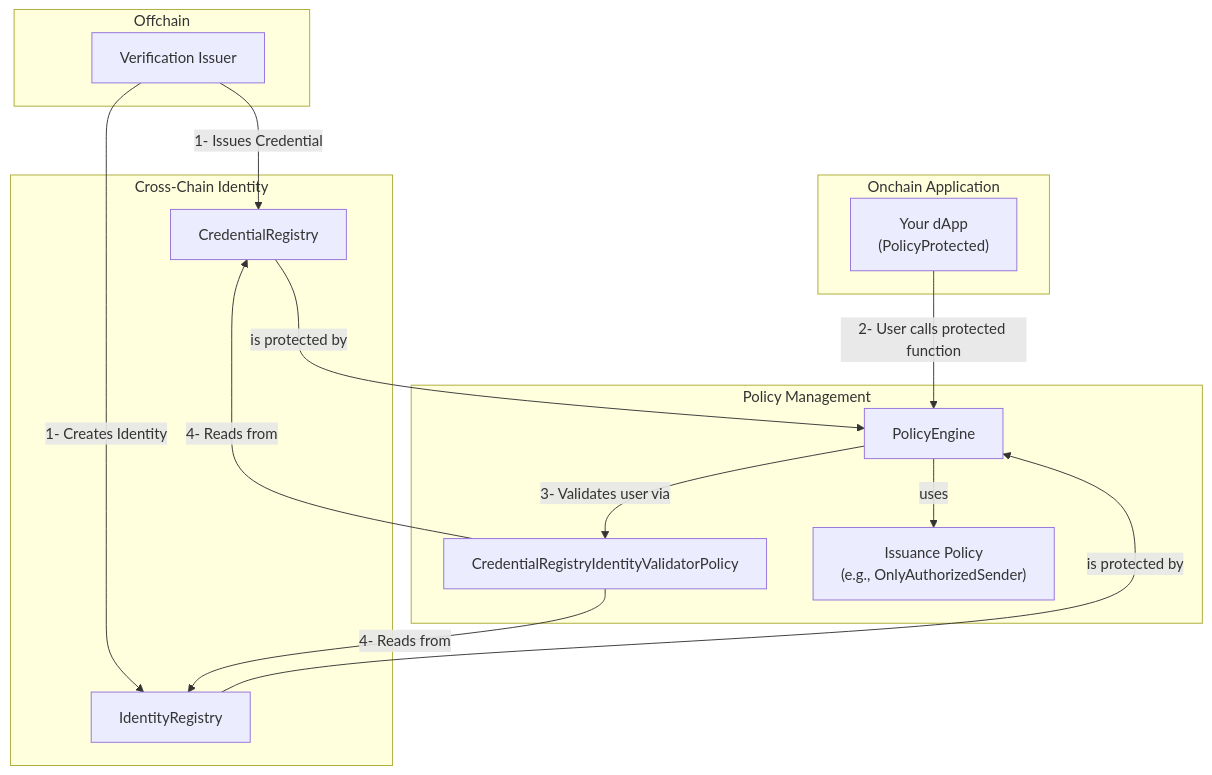
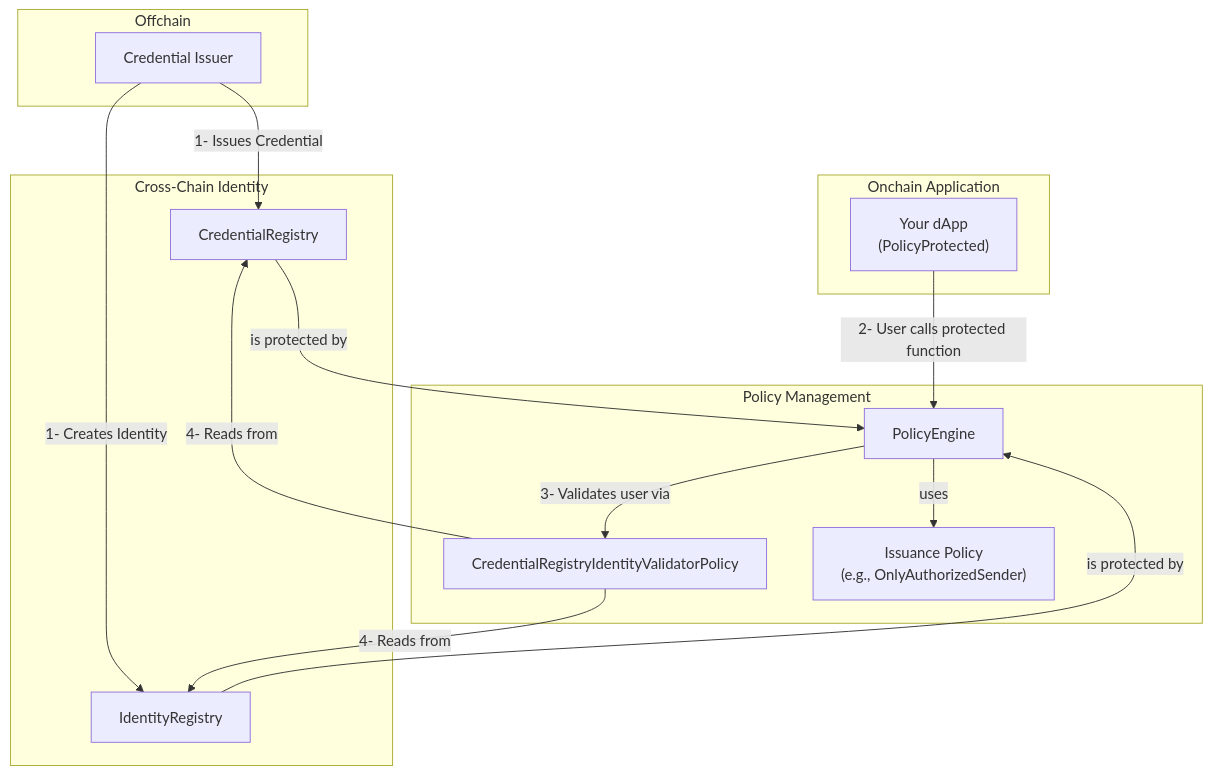
Before and after one commit to yosrahelal/chainlink-ace-tests: the diagram in packages/cross-chain-identity/README.md, drawn with Mermaid. The commit also changed other lines of this file and 69 other files, not shown here.

````diff
--- a/packages/cross-chain-identity/README.md
+++ b/packages/cross-chain-identity/README.md
@@ -74,32 +74,32 @@
 ```mermaid
 graph TD
     subgraph "Offchain"
-        Issuer["Verification Issuer"]
+        Issuer["Credential Issuer"]
     end
 
     subgraph "Onchain Application"
         YourApp["Your dApp<br/>(PolicyProtected)"]
     end
 
     subgraph "Policy Management"
         PE["PolicyEngine"]
         IVP["CredentialRegistryIdentityValidatorPolicy"]
         IssuancePolicy["Issuance Policy<br/>(e.g., OnlyAuthorizedSender)"]
     end
 
     subgraph "Cross-Chain Identity"
         IR["IdentityRegistry"]
         CR["CredentialRegistry"]
     end
 
     Issuer -- "1- Issues Credential" --> CR
     Issuer -- "1- Creates Identity" --> IR
     CR -- "is protected by" --> PE
     IR -- "is protected by" --> PE
     PE -- "uses" --> IssuancePolicy
 
     YourApp -- "2- User calls protected function" --> PE
     PE -- "3- Validates user via" --> IVP
     IVP -- "4- Reads from" --> IR
     IVP -- "4- Reads from" --> CR
 ```
````
